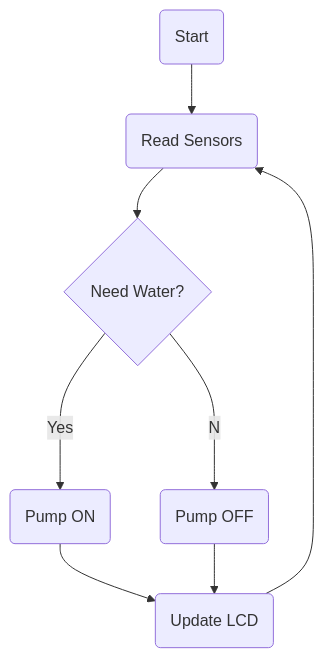
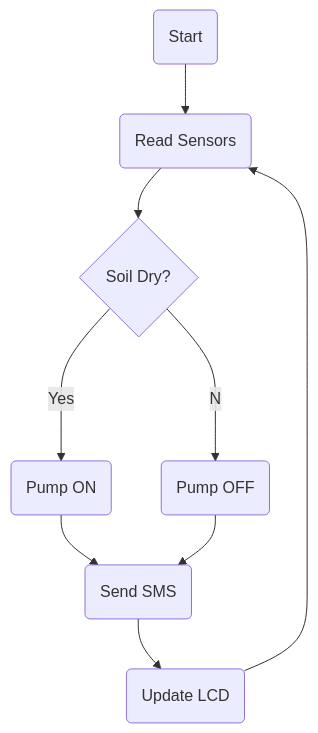
One commit to bagresearch/SAKSHAM changed the second of 2 diagrams in README.md. Above: the diagram before and after it, drawn with Mermaid. The commit also changed other lines of this file, not shown here.

````diff
--- a/README.md
+++ b/README.md
@@ -62,10 +43,11 @@
-``` mermaid
+```mermaid
 flowchart TD
 A(Start)-->B(Read Sensors)
-B-->C{Need Water?}
+B-->C{Soil Dry?}
 C--Yes-->D(Pump ON)
 C--No-->E(Pump OFF)
-D-->F(Update LCD)
+D-->F(Send SMS)
 E-->F
-F-->B
+F-->G(Update LCD)
+G-->B
 ```
````
